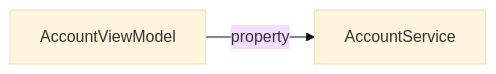
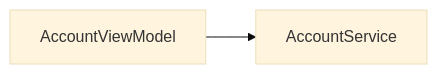
Before and after one commit to GlitchLoom/SwiftDependencyGraphExplorer: the diagram in README.md, drawn with Mermaid (base theme). The commit also changed other lines of this file and 8 other files, not shown here.

````diff
--- a/README.md
+++ b/README.md
@@ -38,6 +57,6 @@
 ```mermaid
 flowchart LR
     AccountViewModel["AccountViewModel"]
     AccountService["AccountService"]
-    AccountViewModel -->|property| AccountService
+    AccountViewModel --> AccountService
 ```
````
